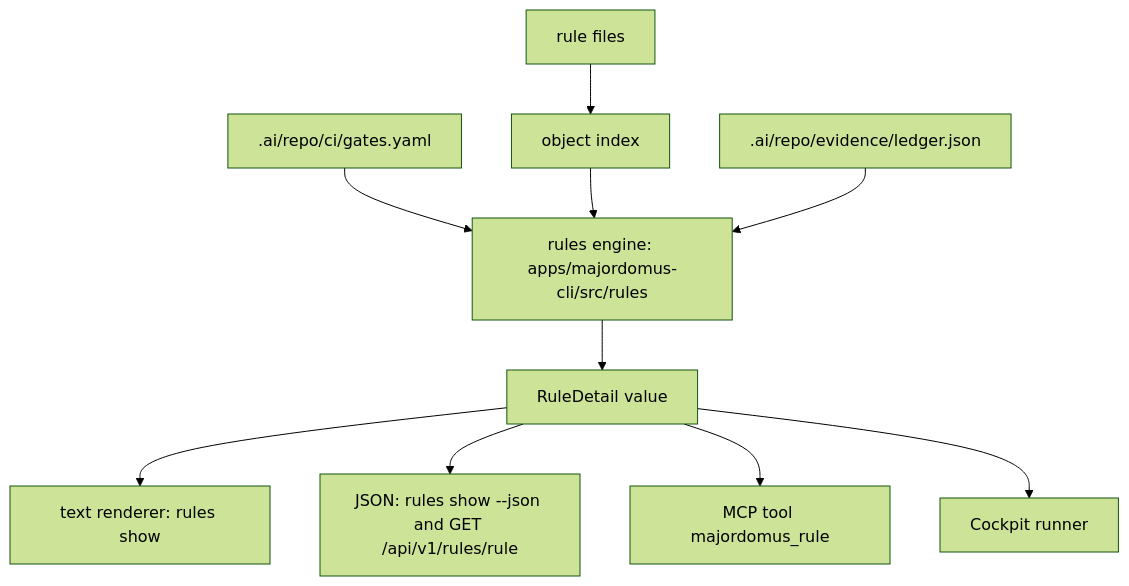
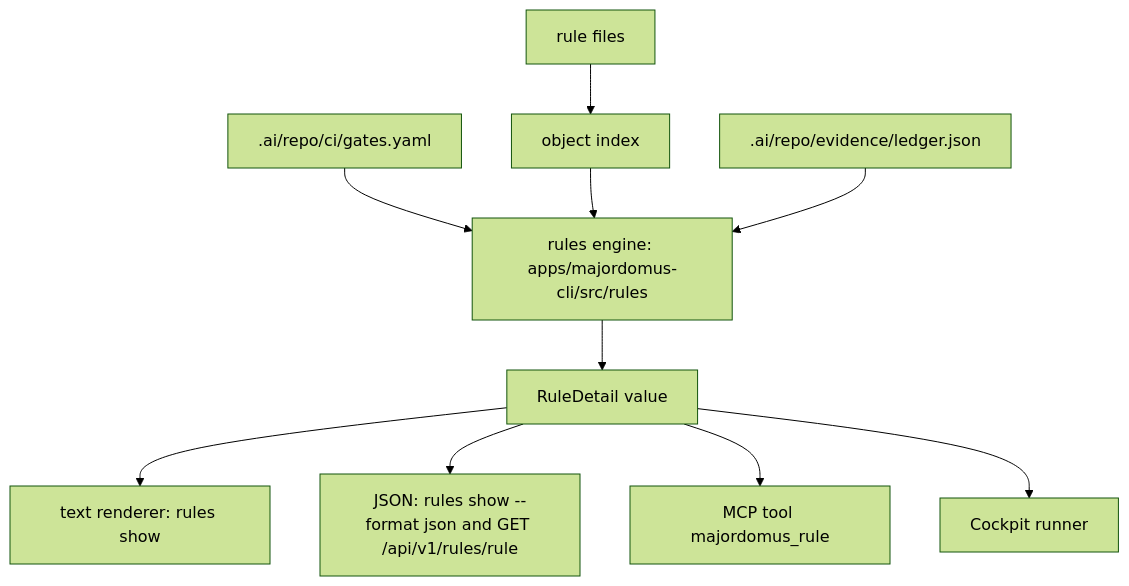
The fourth of 12 diagrams in docs/HOW_IT_WORKS.md (korczis/prismatic-majordomus), drawn with Mermaid (forest theme) before and after one commit. The commit also changed other lines of this file and 9 other files, not shown here.

````diff
--- a/docs/HOW_IT_WORKS.md
+++ b/docs/HOW_IT_WORKS.md
@@ -464,12 +489,12 @@
 ```mermaid
 flowchart TD
   d4_RF["rule files"] --> d4_IDX["object index"]
   d4_GY[".ai/repo/ci/gates.yaml"] --> d4_ENG["rules engine: apps/majordomus-cli/src/rules"]
   d4_IDX --> d4_ENG
   d4_LED[".ai/repo/evidence/ledger.json"] --> d4_ENG
   d4_ENG --> d4_RD["RuleDetail value"]
   d4_RD --> d4_T1["text renderer: rules show"]
-  d4_RD --> d4_T2["JSON: rules show --json and GET /api/v1/rules/rule"]
+  d4_RD --> d4_T2["JSON: rules show --format json and GET /api/v1/rules/rule"]
   d4_RD --> d4_T3["MCP tool majordomus_rule"]
   d4_RD --> d4_T4["Cockpit runner"]
 ```
````
